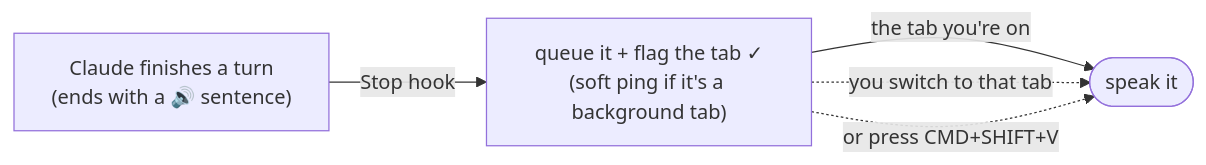
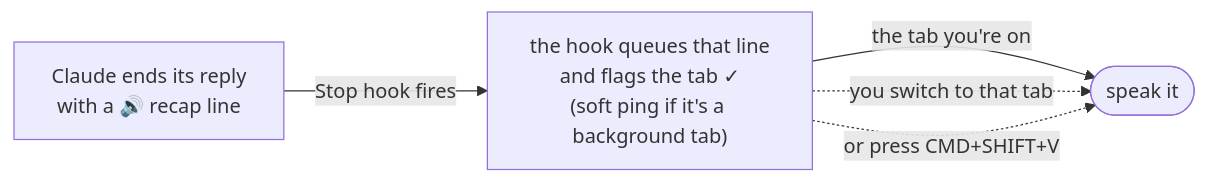
The diagram in README.md (Louis-Mascari/aloud), drawn with Mermaid before and after one commit. The commit also changed other lines of this file and 12 other files, not shown here.

````diff
--- a/README.md
+++ b/README.md
@@ -15,7 +36,7 @@
 ```mermaid
 flowchart LR
-    CC["Claude finishes a turn<br/>(ends with a 🔊 sentence)"] -->|Stop hook| Q["queue it + flag the tab ✓<br/>(soft ping if it's a background tab)"]
+    CC["Claude ends its reply<br/>with a 🔊 recap line"] -->|"Stop hook fires"| Q["the hook queues that line<br/>and flags the tab ✓<br/>(soft ping if it's a background tab)"]
     Q -->|"the tab you're on"| SAY(["speak it"])
     Q -.->|"you switch to that tab"| SAY
     Q -.->|"or press CMD+SHIFT+V"| SAY
 ```
````
